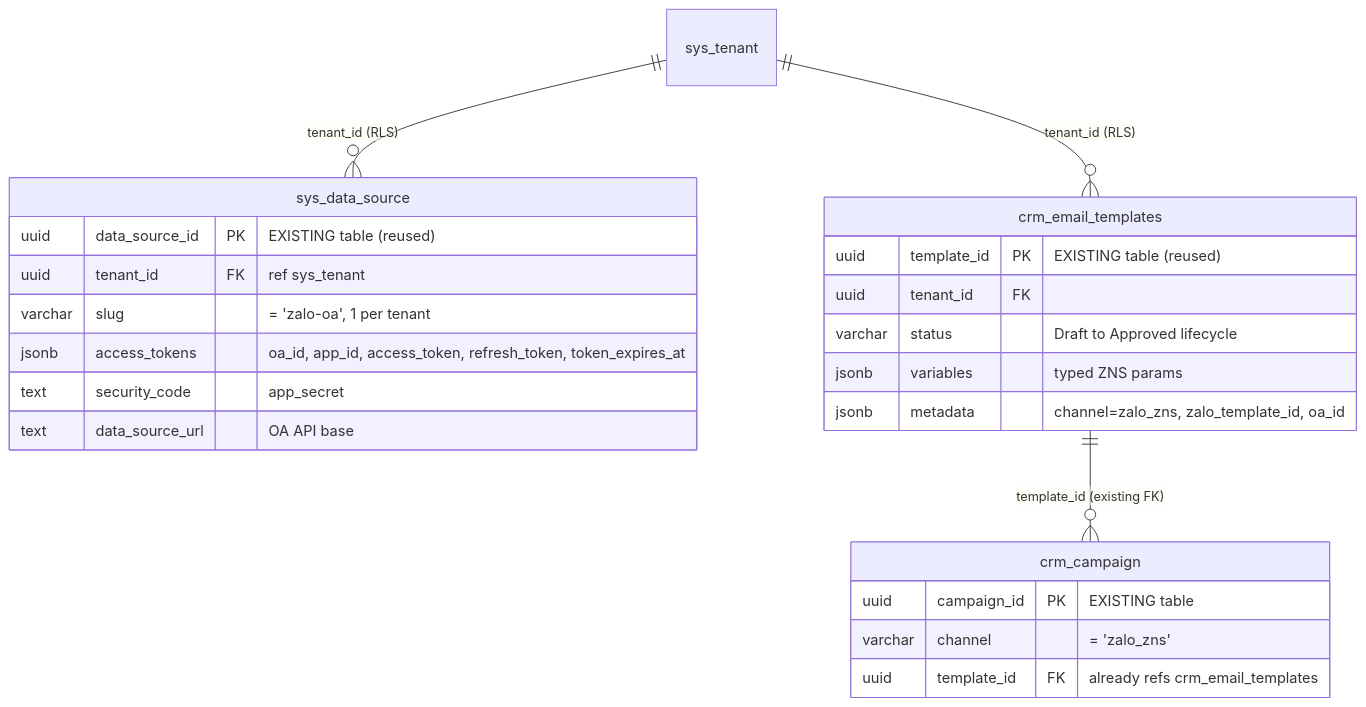
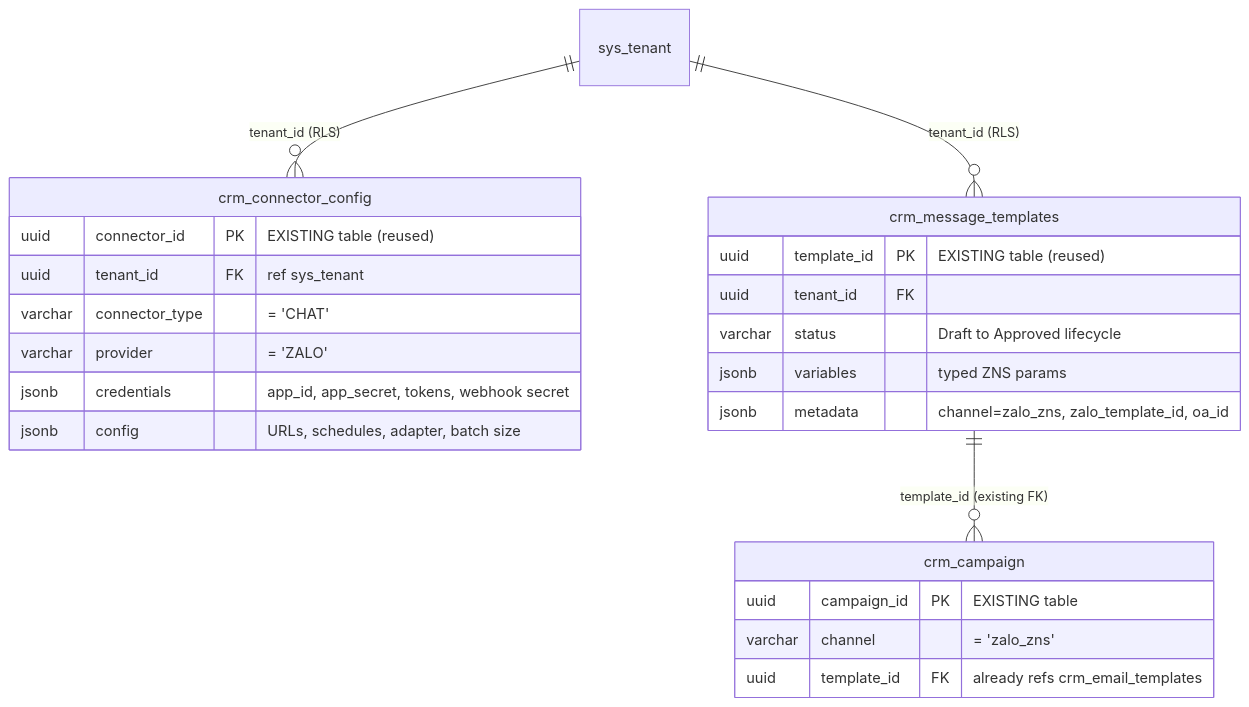
The second of 3 diagrams in docs/action-plans/PLAN-ZALO-ZNS-OPTIMIZED.md (LEO-CDP/leo-customer360), drawn with Mermaid before and after one commit. The commit also changed other lines of this file and 35 other files, not shown here.

First line of the commit message:
Refactor Zalo integration to reuse existing tables and streamline data models

````diff
--- a/docs/action-plans/PLAN-ZALO-ZNS-OPTIMIZED.md
+++ b/docs/action-plans/PLAN-ZALO-ZNS-OPTIMIZED.md
@@ -106,27 +106,27 @@
 ```mermaid
 erDiagram
-    sys_tenant ||--o{ sys_data_source : "tenant_id (RLS)"
-    sys_tenant ||--o{ crm_email_templates : "tenant_id (RLS)"
-    crm_email_templates ||--o{ crm_campaign : "template_id (existing FK)"
+    sys_tenant ||--o{ crm_connector_config : "tenant_id (RLS)"
+    sys_tenant ||--o{ crm_message_templates : "tenant_id (RLS)"
+    crm_message_templates ||--o{ crm_campaign : "template_id (existing FK)"
 
-    sys_data_source {
-        uuid data_source_id PK "EXISTING table (reused)"
+    crm_connector_config {
+        uuid connector_id PK "EXISTING table (reused)"
         uuid tenant_id FK "ref sys_tenant"
-        varchar slug "= 'zalo-oa', 1 per tenant"
-        jsonb access_tokens "oa_id, app_id, access_token, refresh_token, token_expires_at"
-        text security_code "app_secret"
-        text data_source_url "OA API base"
+        varchar connector_type "= 'CHAT'"
+        varchar provider "= 'ZALO'"
+        jsonb credentials "app_id, app_secret, tokens, webhook secret"
+        jsonb config "URLs, schedules, adapter, batch size"
     }
-    crm_email_templates {
+    crm_message_templates {
         uuid template_id PK "EXISTING table (reused)"
         uuid tenant_id FK
         varchar status "Draft to Approved lifecycle"
         jsonb variables "typed ZNS params"
         jsonb metadata "channel=zalo_zns, zalo_template_id, oa_id"
     }
     crm_campaign {
         uuid campaign_id PK "EXISTING table"
         varchar channel "= 'zalo_zns'"
         uuid template_id FK "already refs crm_email_templates"
     }
 ```
````
